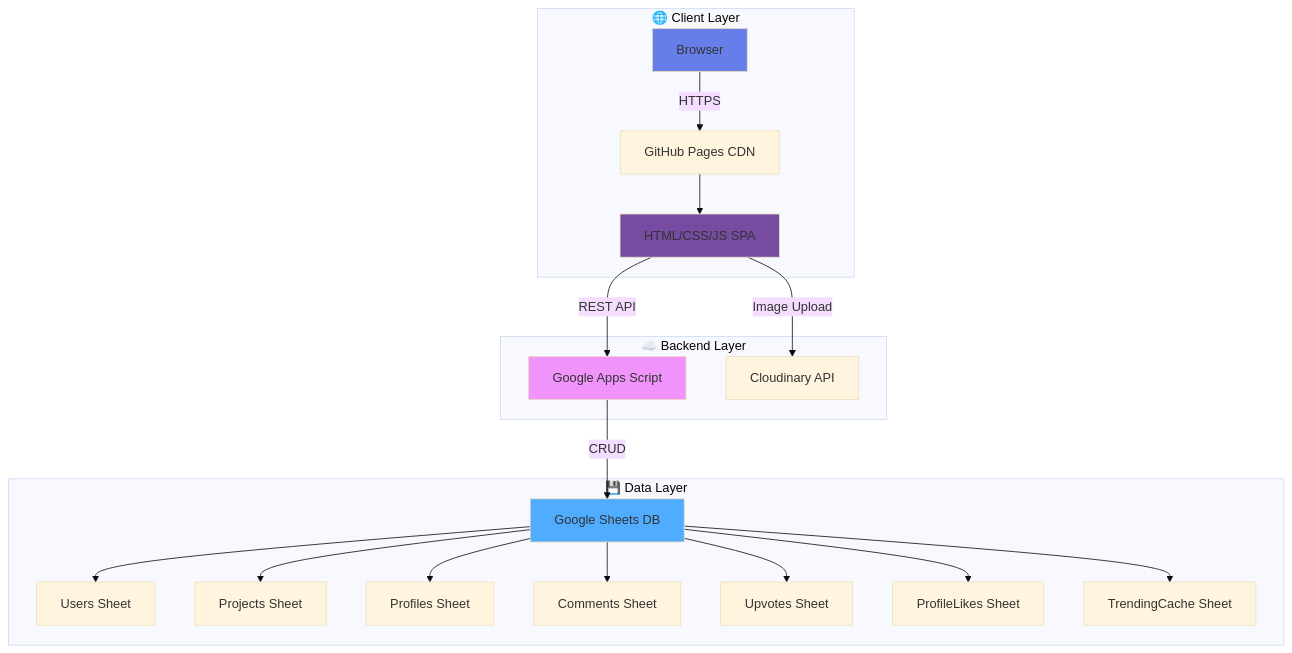
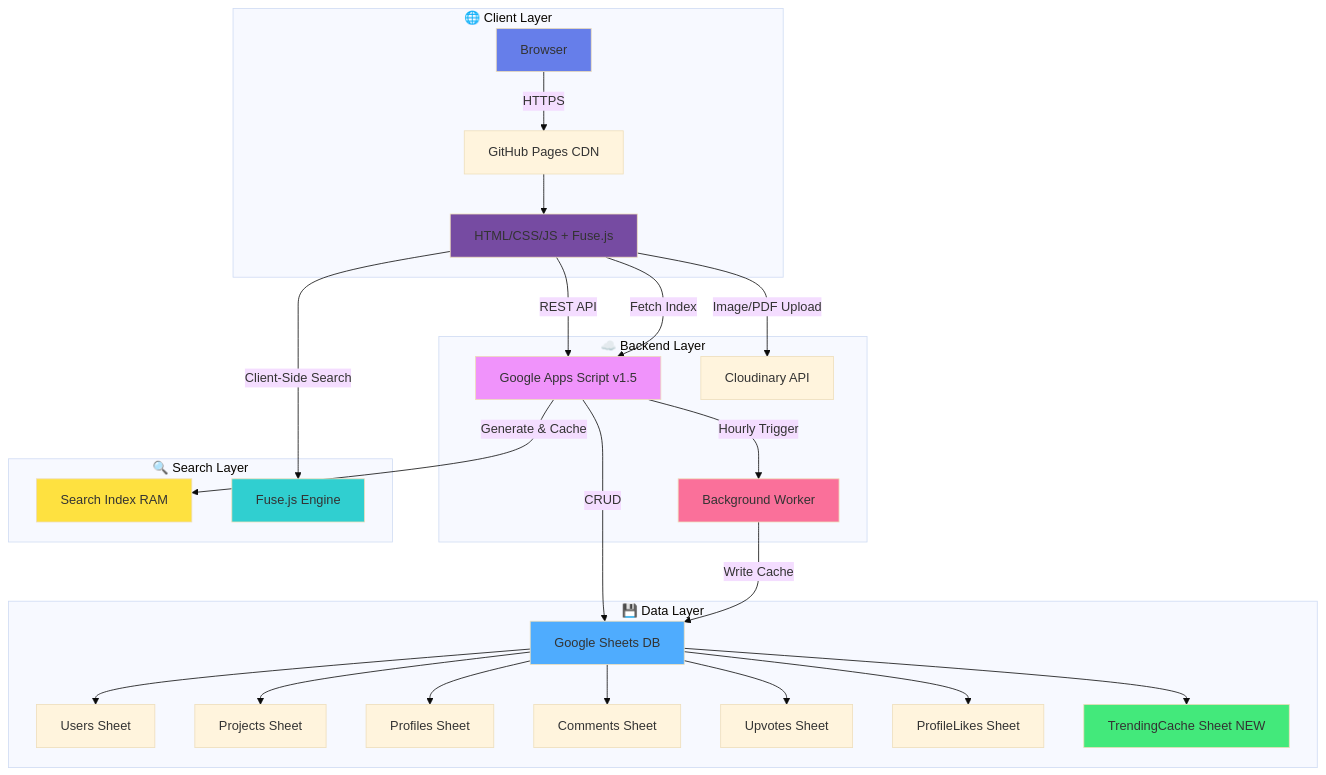
The diagram in README.md (nielitropar/nielitropar.github.io), drawn with Mermaid (base theme) before and after one commit. The commit also changed other lines of this file, not shown here.

````diff
--- a/README.md
+++ b/README.md
@@ -176,28 +183,40 @@
 ```mermaid
 graph TB
     subgraph "🌐 Client Layer"
         A[Browser] -->|HTTPS| B[GitHub Pages CDN]
-        B --> C[HTML/CSS/JS SPA]
+        B --> C[HTML/CSS/JS + Fuse.js]
     end
     
     subgraph "☁️ Backend Layer"
-        C -->|REST API| D[Google Apps Script]
-        C -->|Image Upload| E[Cloudinary API]
+        C -->|REST API| D[Google Apps Script v1.5]
+        C -->|Image/PDF Upload| E[Cloudinary API]
+        D -->|Hourly Trigger| F[Background Worker]
     end
     
     subgraph "💾 Data Layer"
-        D -->|CRUD| F[Google Sheets DB]
-        F --> G[Users Sheet]
-        F --> H[Projects Sheet]
-        F --> I[Profiles Sheet]
-        F --> J[Comments Sheet]
-        F --> K[Upvotes Sheet]
-        F --> L[ProfileLikes Sheet]
-        F --> M[TrendingCache Sheet]
+        D -->|CRUD| G[Google Sheets DB]
+        F -->|Write Cache| G
+        G --> H[Users Sheet]
+        G --> I[Projects Sheet]
+        G --> J[Profiles Sheet]
+        G --> K[Comments Sheet]
+        G --> L[Upvotes Sheet]
+        G --> M[ProfileLikes Sheet]
+        G --> N[TrendingCache Sheet NEW]
+    end
+    
+    subgraph "🔍 Search Layer"
+        C -->|Fetch Index| D
+        D -->|Generate & Cache| O[Search Index RAM]
+        C -->|Client-Side Search| P[Fuse.js Engine]
     end
     
     style A fill:#667eea
     style C fill:#764ba2
     style D fill:#f093fb
-    style F fill:#4facfe
+    style F fill:#fa709a
+    style G fill:#4facfe
+    style N fill:#43e97b
+    style O fill:#fee140
+    style P fill:#30cfd0
 ```
````
